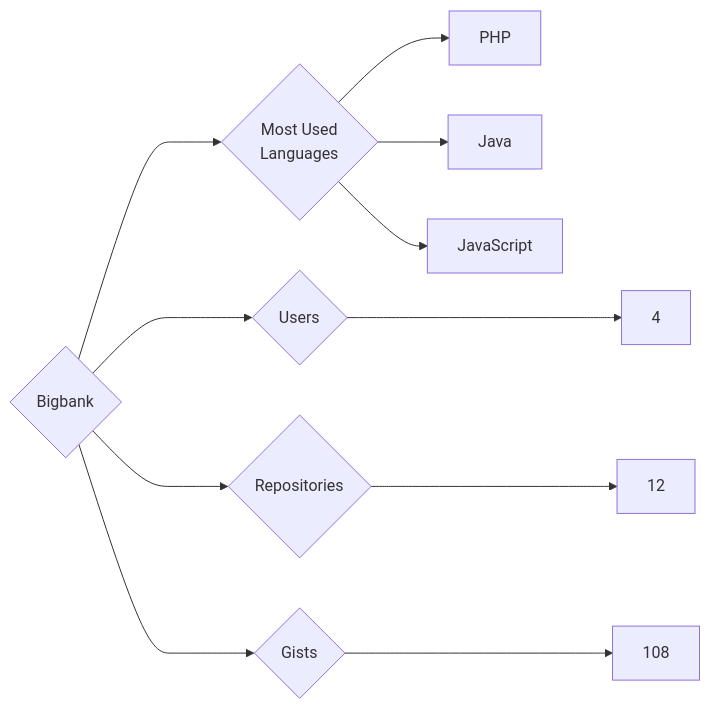
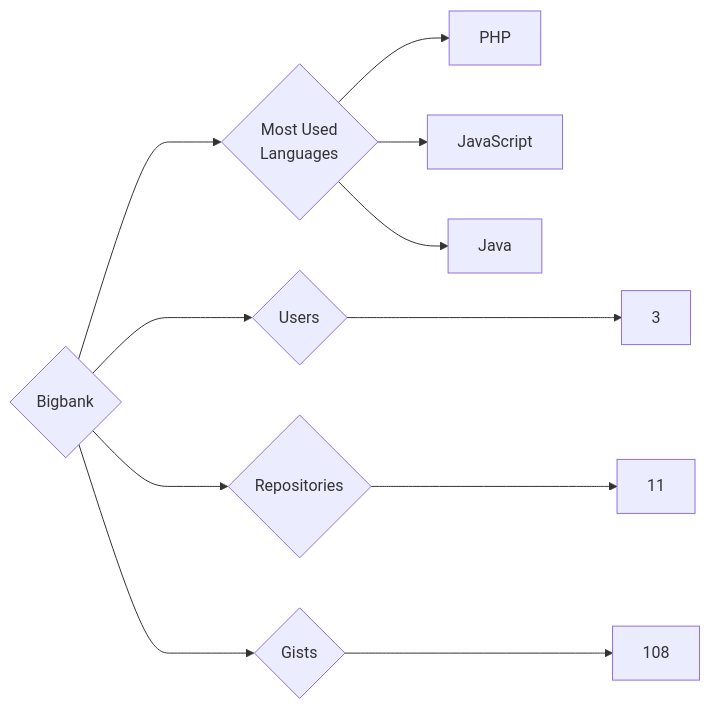
One commit to trickest/insiders changed the diagram in targets/Bigbank/README.md. Above: the diagram before and after it, drawn with Mermaid. The commit also changed 1084 other files, not shown here.

````diff
--- a/targets/Bigbank/README.md
+++ b/targets/Bigbank/README.md
@@ -3,11 +3,11 @@
 ```mermaid
 graph LR
 COMPANY_NAME{Bigbank}
-COMPANY_NAME ---> U{Users} ---> UN[4]
-COMPANY_NAME ---> R{Repositories} ---> RN[12]
+COMPANY_NAME ---> U{Users} ---> UN[3]
+COMPANY_NAME ---> R{Repositories} ---> RN[11]
 COMPANY_NAME ---> G{Gists} ---> GN[108]
 COMPANY_NAME ---> ML{Most Used<br>Languages}
 ML --> PHP[PHP]
+ML --> JavaScript[JavaScript]
 ML --> Java[Java]
-ML --> JavaScript[JavaScript]
 ```
````
